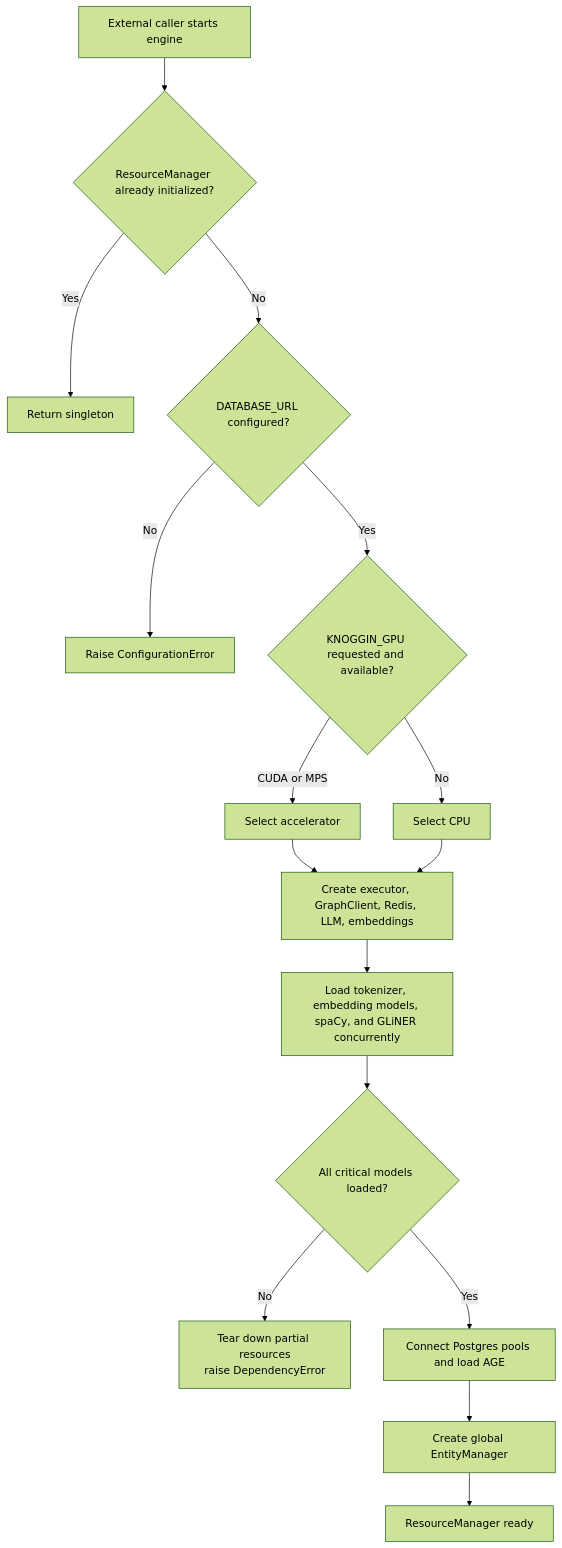
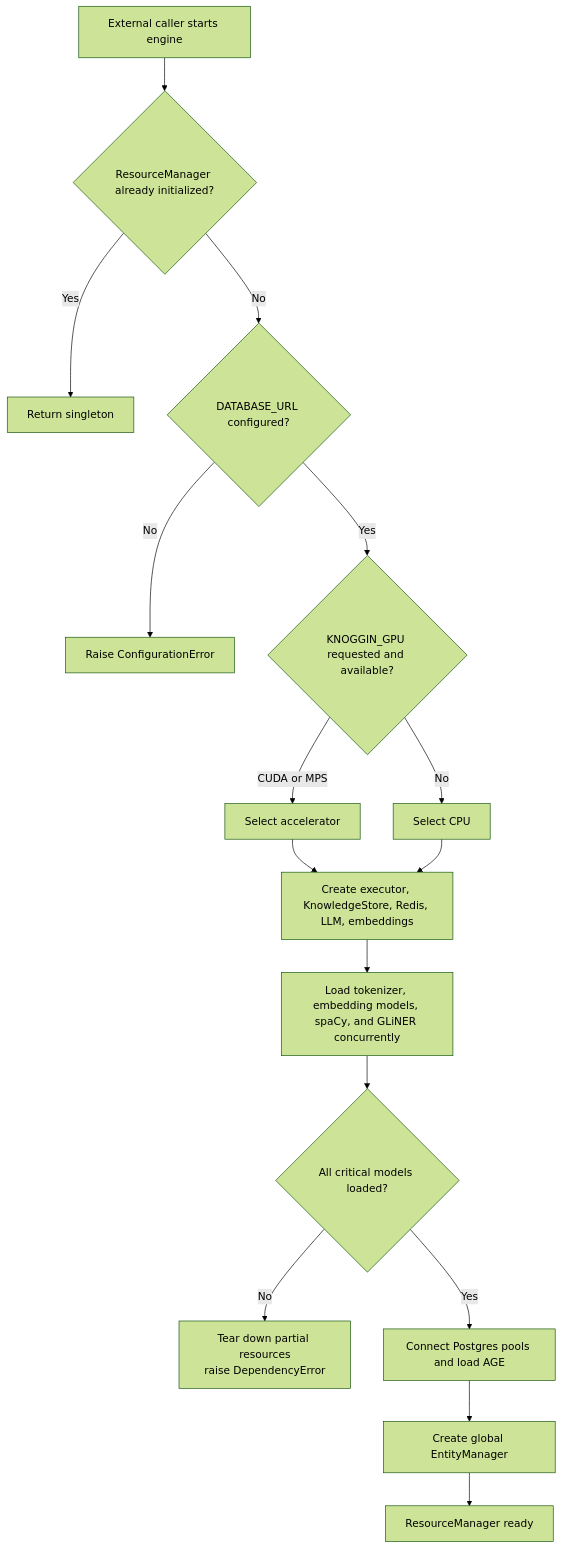
One commit to yinka3/knoggin changed the second of 9 diagrams in knoggin-server/codebase-analysis-docs/KNOGGIN_SERVER_DECISION_TREE.md. Above: the diagram before and after it, drawn with Mermaid (forest theme). The commit also changed other lines of this file and 98 other files, not shown here.

````diff
--- a/knoggin-server/codebase-analysis-docs/KNOGGIN_SERVER_DECISION_TREE.md
+++ b/knoggin-server/codebase-analysis-docs/KNOGGIN_SERVER_DECISION_TREE.md
@@ -49,19 +49,19 @@
 ```mermaid
 flowchart TD
     START["External caller starts engine"] --> EXISTS{"ResourceManager already initialized?"}
     EXISTS -->|Yes| RETURN["Return singleton"]
     EXISTS -->|No| ENV{"DATABASE_URL configured?"}
     ENV -->|No| CONFIG_ERR["Raise ConfigurationError"]
     ENV -->|Yes| DEVICE{"KNOGGIN_GPU requested and available?"}
     DEVICE -->|CUDA or MPS| GPU["Select accelerator"]
     DEVICE -->|No| CPU["Select CPU"]
     GPU --> INIT
     CPU --> INIT
 
-    INIT["Create executor, GraphClient, Redis, LLM, embeddings"] --> LOAD["Load tokenizer, embedding models, spaCy, and GLiNER concurrently"]
+    INIT["Create executor, KnowledgeStore, Redis, LLM, embeddings"] --> LOAD["Load tokenizer, embedding models, spaCy, and GLiNER concurrently"]
     LOAD --> OK{"All critical models loaded?"}
     OK -->|No| TEARDOWN["Tear down partial resources<br/>raise DependencyError"]
     OK -->|Yes| CONNECT["Connect Postgres pools and load AGE"]
     CONNECT --> ENTITY["Create global EntityManager"]
     ENTITY --> READY["ResourceManager ready"]
 ```
````
